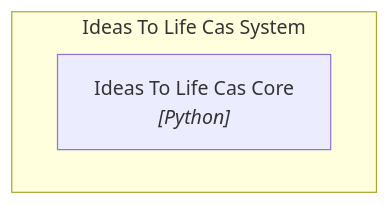
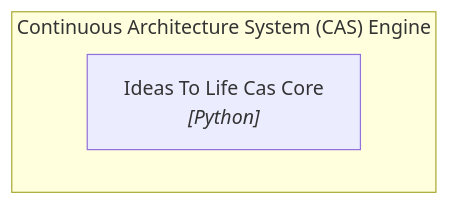
The diagram in projects/ideas-to-life-cas/architecture-state/diagrams/containers.mmd (cas-governance-portal/cas-governance-portal.github.io), drawn with Mermaid before and after one commit. The commit also changed 35 other files, not shown here.

Commit message:
deploy: ideas-to-life/ideas-to-life-cas@b27964529c842ffedd2882236c0712c2127a5854

```diff
--- a/projects/ideas-to-life-cas/architecture-state/diagrams/containers.mmd
+++ b/projects/ideas-to-life-cas/architecture-state/diagrams/containers.mmd
@@ -1,4 +1,4 @@
 flowchart TD
-    subgraph Boundary["Ideas To Life Cas System"]
+    subgraph Boundary["Continuous Architecture System (CAS) Engine"]
         ideas_to_life_cas_core["Ideas To Life Cas Core<br/><i>[Python]</i>"]
     end
```
